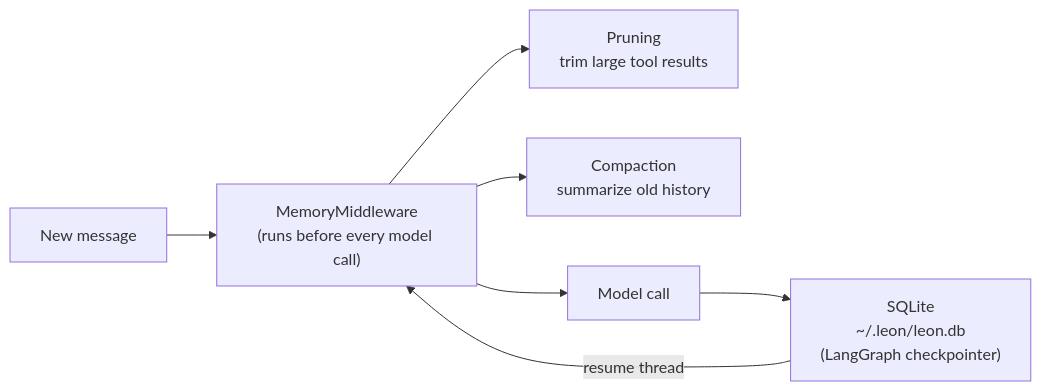
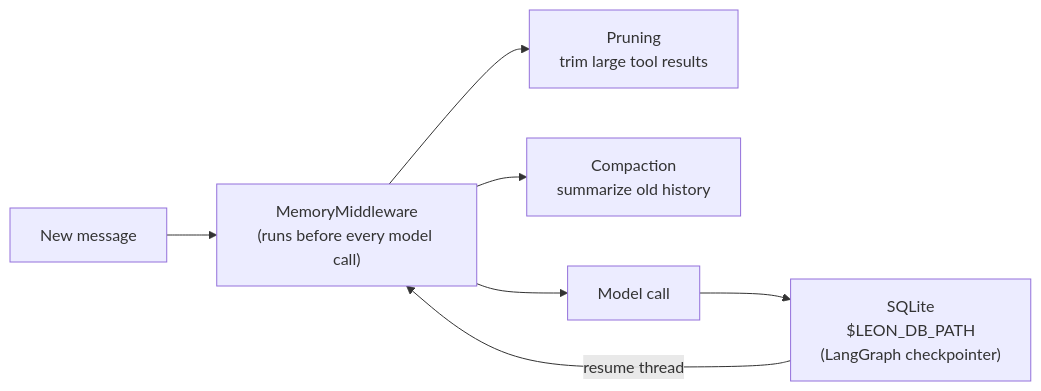
The diagram in docs/en/memory.mdx (OpenDCAI/Mycel), drawn with Mermaid before and after one commit. The commit also changed other lines of this file and 6 other files, not shown here.

````diff
--- a/docs/en/memory.mdx
+++ b/docs/en/memory.mdx
@@ -13,9 +13,9 @@
 ```mermaid
 flowchart LR
     MSG["New message"] --> MW["MemoryMiddleware\n(runs before every model call)"]
     MW --> P["Pruning\ntrim large tool results"]
     MW --> C["Compaction\nsummarize old history"]
     MW --> M["Model call"]
-    M --> DB["SQLite\n~/.leon/leon.db\n(LangGraph checkpointer)"]
+    M --> DB["SQLite\n$LEON_DB_PATH\n(LangGraph checkpointer)"]
     DB -->|resume thread| MW
 ```
````
